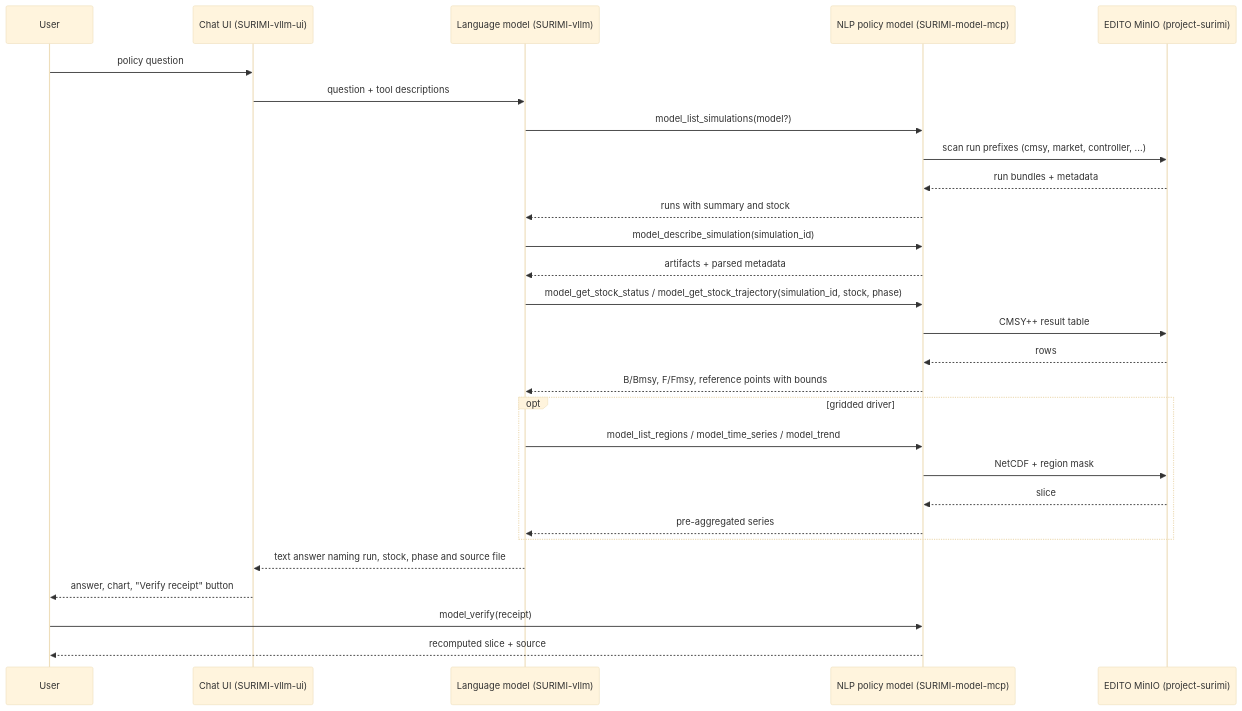
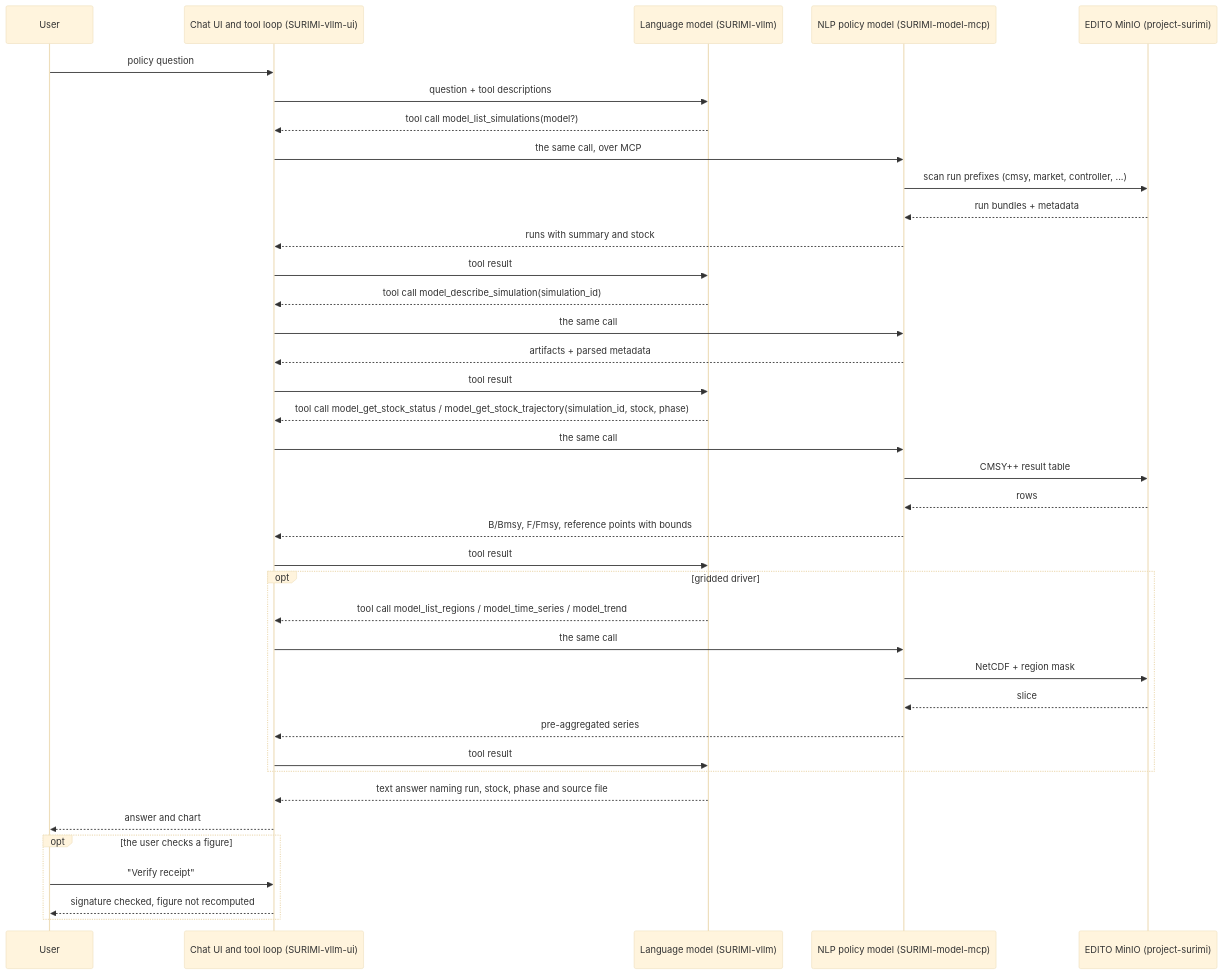
One commit to SURIMI-Project/SURIMI-project changed the second of 2 diagrams in deliverables/D3.9 - NLP policy model/D3.9 - NLP policy model.md. Above: the diagram before and after it, drawn with Mermaid (base theme). The commit also changed other lines of this file and 1 other file, not shown here.

Commit message:
D3.7 and D3.9: the chat interface runs the tool loop; only the data server recomputes a figure

````diff
--- a/deliverables/D3.9 - NLP policy model/D3.9 - NLP policy model.md
+++ b/deliverables/D3.9 - NLP policy model/D3.9 - NLP policy model.md
@@ -106,31 +106,41 @@
 ```mermaid
 sequenceDiagram
     participant User as User
-    participant UI as Chat UI (SURIMI-vllm-ui)
+    participant UI as Chat UI and tool loop (SURIMI-vllm-ui)
     participant LLM as Language model (SURIMI-vllm)
     participant MODEL as NLP policy model (SURIMI-model-mcp)
     participant S3 as EDITO MinIO (project-surimi)
 
     User ->> UI: policy question
     UI ->> LLM: question + tool descriptions
-    LLM ->> MODEL: model_list_simulations(model?)
+    LLM -->> UI: tool call model_list_simulations(model?)
+    UI ->> MODEL: the same call, over MCP
     MODEL ->> S3: scan run prefixes (cmsy, market, controller, ...)
     S3 -->> MODEL: run bundles + metadata
-    MODEL -->> LLM: runs with summary and stock
-    LLM ->> MODEL: model_describe_simulation(simulation_id)
-    MODEL -->> LLM: artifacts + parsed metadata
-    LLM ->> MODEL: model_get_stock_status / model_get_stock_trajectory(simulation_id, stock, phase)
+    MODEL -->> UI: runs with summary and stock
+    UI ->> LLM: tool result
+    LLM -->> UI: tool call model_describe_simulation(simulation_id)
+    UI ->> MODEL: the same call
+    MODEL -->> UI: artifacts + parsed metadata
+    UI ->> LLM: tool result
+    LLM -->> UI: tool call model_get_stock_status / model_get_stock_trajectory(simulation_id, stock, phase)
+    UI ->> MODEL: the same call
     MODEL ->> S3: CMSY++ result table
     S3 -->> MODEL: rows
-    MODEL -->> LLM: B/Bmsy, F/Fmsy, reference points with bounds
+    MODEL -->> UI: B/Bmsy, F/Fmsy, reference points with bounds
+    UI ->> LLM: tool result
     opt gridded driver
-        LLM ->> MODEL: model_list_regions / model_time_series / model_trend
+        LLM -->> UI: tool call model_list_regions / model_time_series / model_trend
+        UI ->> MODEL: the same call
         MODEL ->> S3: NetCDF + region mask
         S3 -->> MODEL: slice
-        MODEL -->> LLM: pre-aggregated series
+        MODEL -->> UI: pre-aggregated series
+        UI ->> LLM: tool result
     end
     LLM -->> UI: text answer naming run, stock, phase and source file
-    UI -->> User: answer, chart, "Verify receipt" button
-    User ->> MODEL: model_verify(receipt)
-    MODEL -->> User: recomputed slice + source
+    UI -->> User: answer and chart
+    opt the user checks a figure
+        User ->> UI: "Verify receipt"
+        UI -->> User: signature checked, figure not recomputed
+    end
 ```
````
